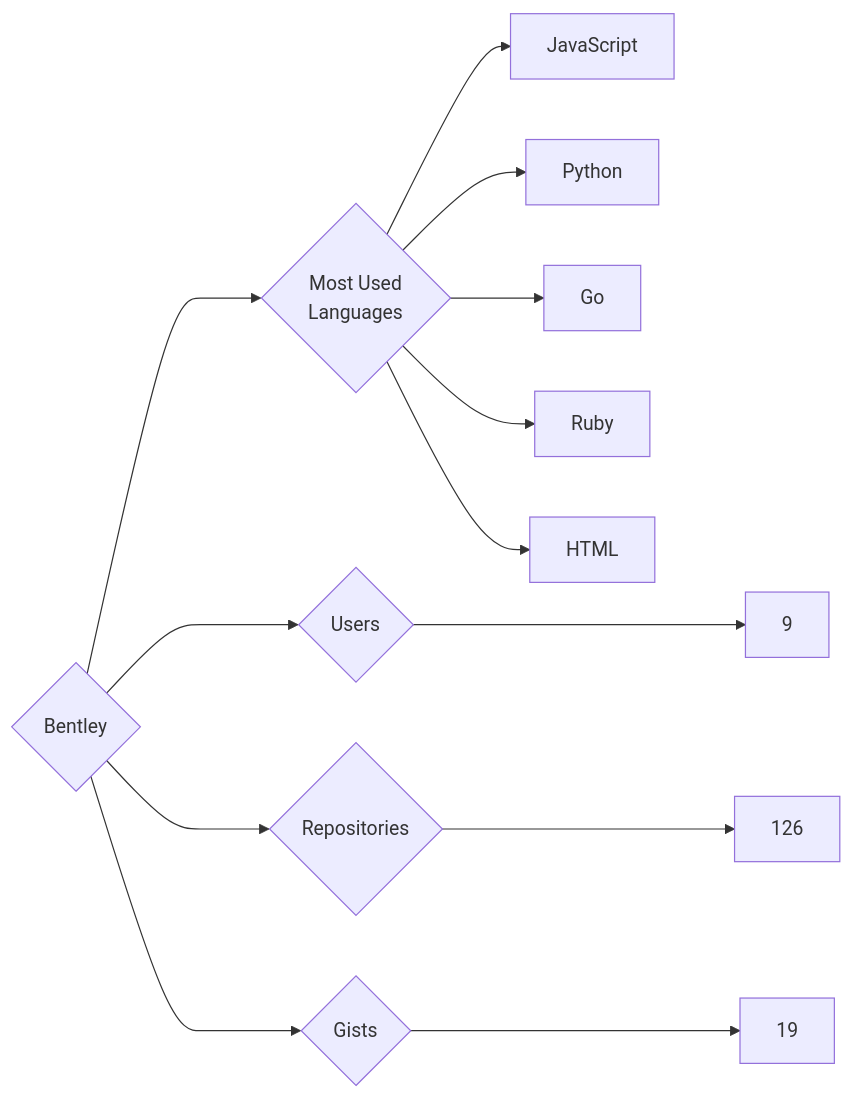
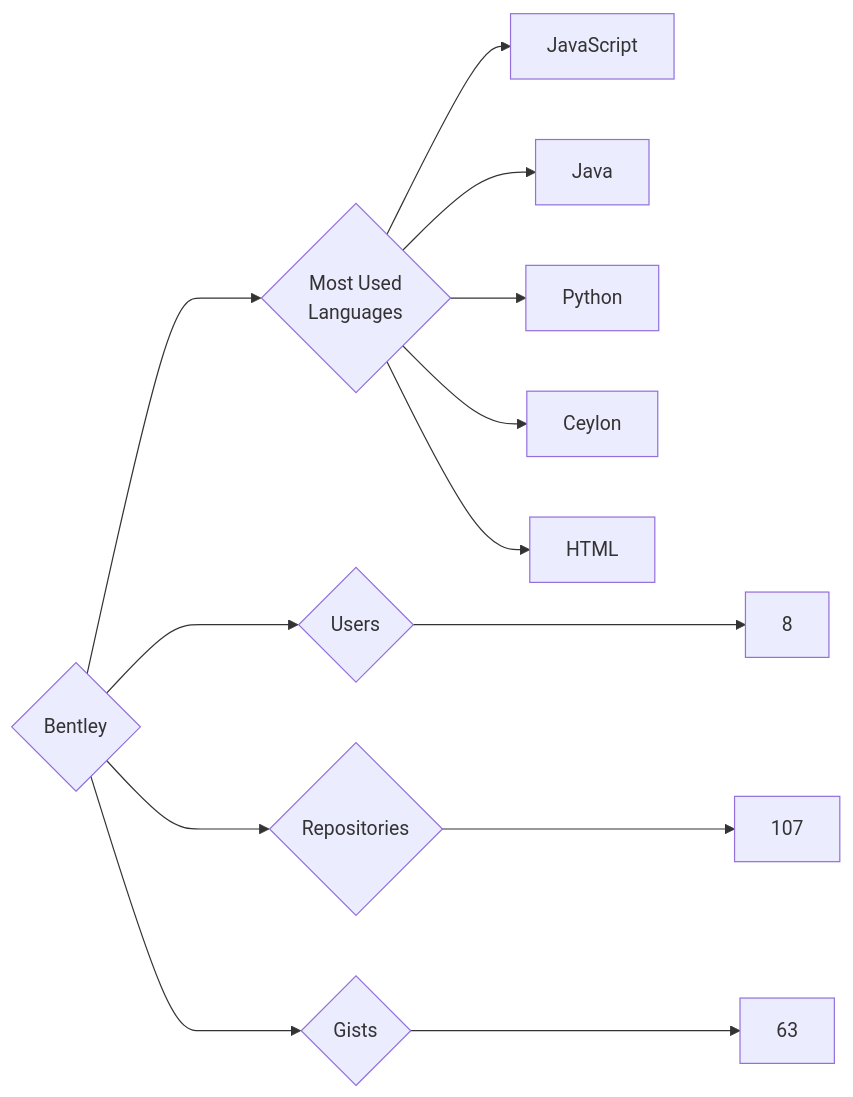
One commit to trickest/insiders changed the diagram in targets/Bentley/README.md. Above: the diagram before and after it, drawn with Mermaid. The commit also changed 1238 other files, not shown here.

````diff
--- a/targets/Bentley/README.md
+++ b/targets/Bentley/README.md
@@ -3,13 +3,13 @@
 ```mermaid
 graph LR
 COMPANY_NAME{Bentley}
-COMPANY_NAME ---> U{Users} ---> UN[9]
-COMPANY_NAME ---> R{Repositories} ---> RN[126]
-COMPANY_NAME ---> G{Gists} ---> GN[19]
+COMPANY_NAME ---> U{Users} ---> UN[8]
+COMPANY_NAME ---> R{Repositories} ---> RN[107]
+COMPANY_NAME ---> G{Gists} ---> GN[63]
 COMPANY_NAME ---> ML{Most Used<br>Languages}
 ML --> JavaScript[JavaScript]
+ML --> Java[Java]
 ML --> Python[Python]
-ML --> Go[Go]
-ML --> Ruby[Ruby]
+ML --> Ceylon[Ceylon]
 ML --> HTML[HTML]
 ```
````
